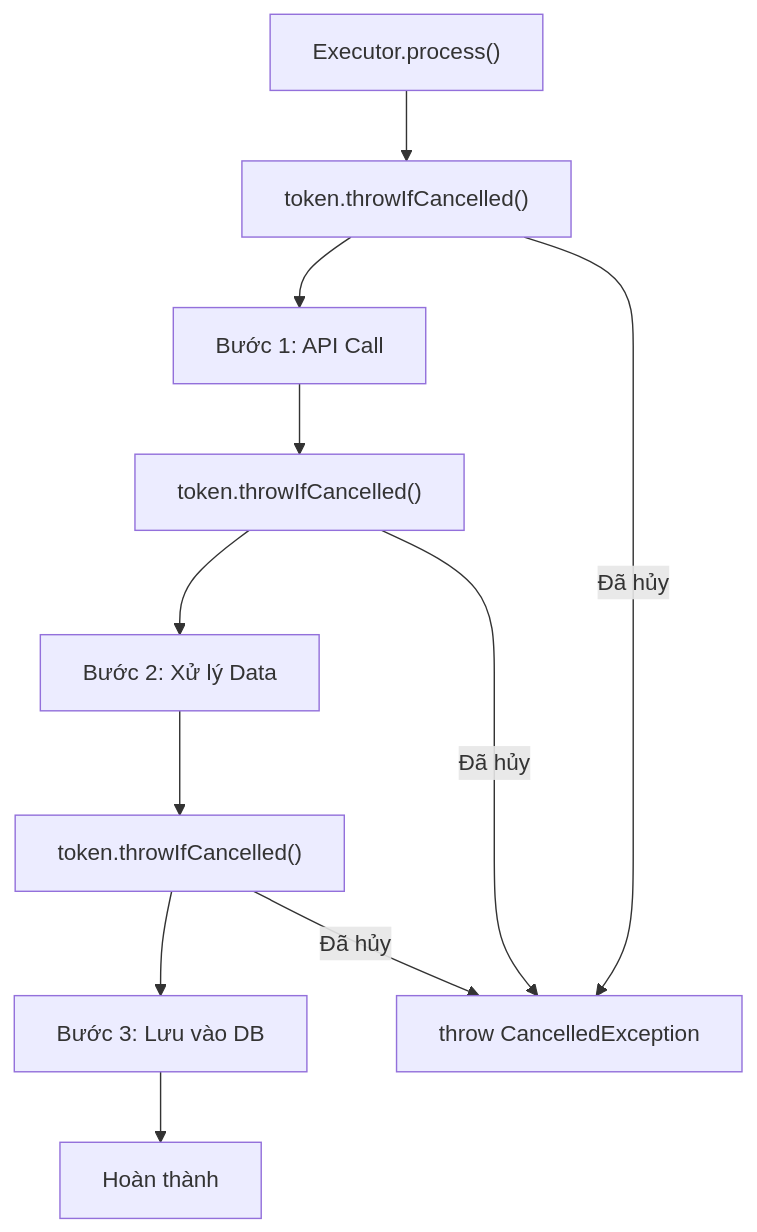
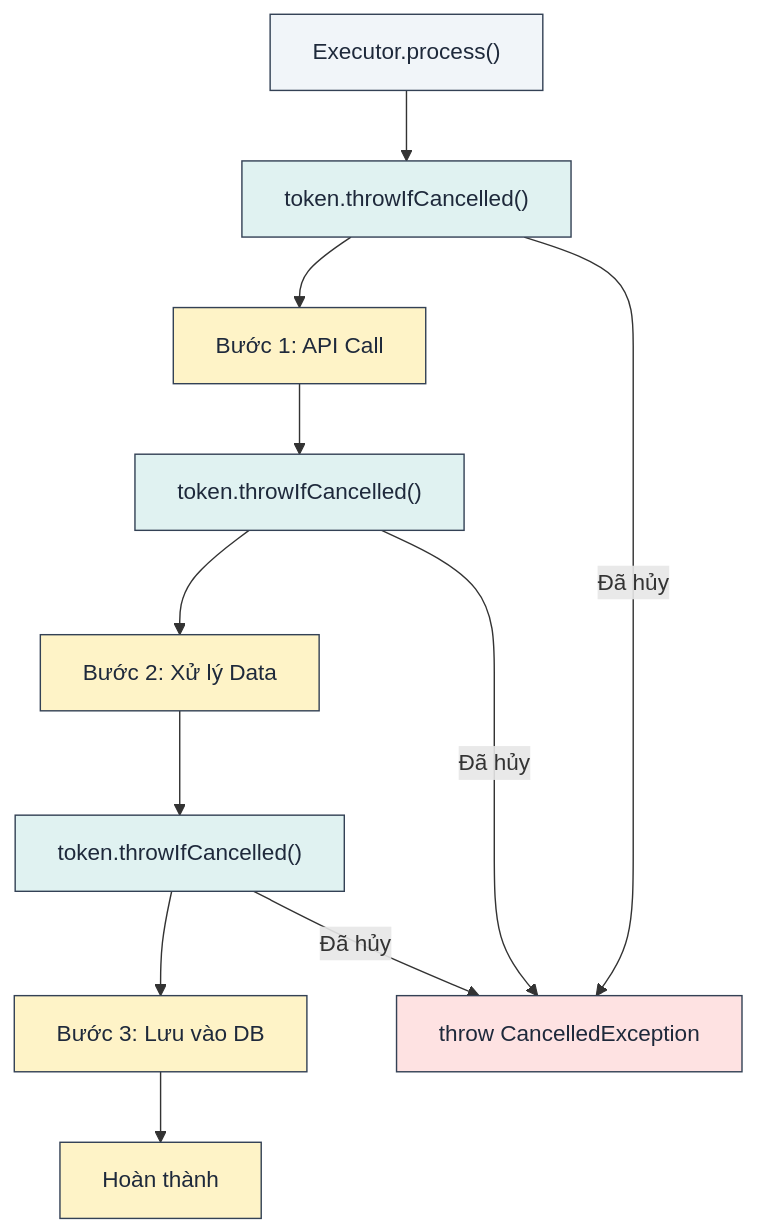
The third of 16 diagrams in book/vi/chapters/05_advanced_patterns.md (lploc94/flutter_orchestrator), drawn with Mermaid before and after one commit. The commit also changed other lines of this file and 4 other files, not shown here.

````diff
--- a/book/vi/chapters/05_advanced_patterns.md
+++ b/book/vi/chapters/05_advanced_patterns.md
@@ -57,12 +67,22 @@
 ```mermaid
 flowchart TD
     Start["Executor.process()"] --> Check1["token.throwIfCancelled()"]
     Check1 --> Step1["Bước 1: API Call"]
     Step1 --> Check2["token.throwIfCancelled()"]
     Check2 --> Step2["Bước 2: Xử lý Data"]
     Step2 --> Check3["token.throwIfCancelled()"]
     Check3 --> Step3["Bước 3: Lưu vào DB"]
     Step3 --> Done["Hoàn thành"]
     
     Check1 & Check2 & Check3 -->|"Đã hủy"| Throw["throw CancelledException"]
+    
+    style Start fill:#f1f5f9,stroke:#334155,color:#1e293b
+    style Check1 fill:#e0f2f1,stroke:#334155,color:#1e293b
+    style Check2 fill:#e0f2f1,stroke:#334155,color:#1e293b
+    style Check3 fill:#e0f2f1,stroke:#334155,color:#1e293b
+    style Step1 fill:#fef3c7,stroke:#334155,color:#1e293b
+    style Step2 fill:#fef3c7,stroke:#334155,color:#1e293b
+    style Step3 fill:#fef3c7,stroke:#334155,color:#1e293b
+    style Done fill:#fef3c7,stroke:#334155,color:#1e293b
+    style Throw fill:#fee2e2,stroke:#334155,color:#1e293b
 ```
````
